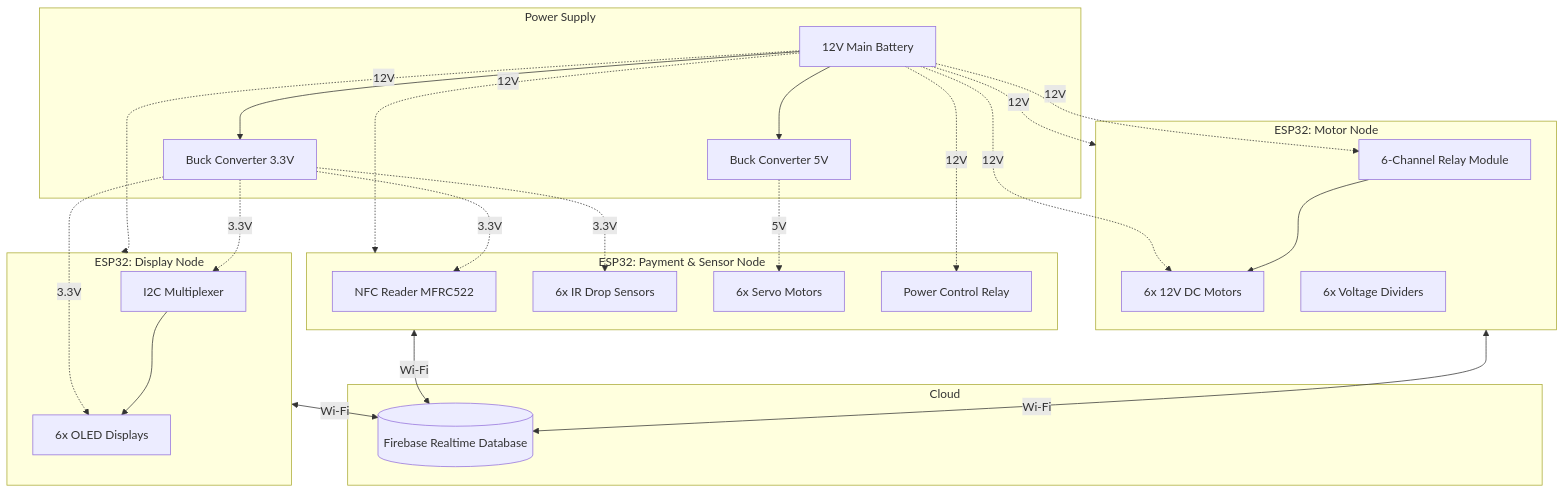
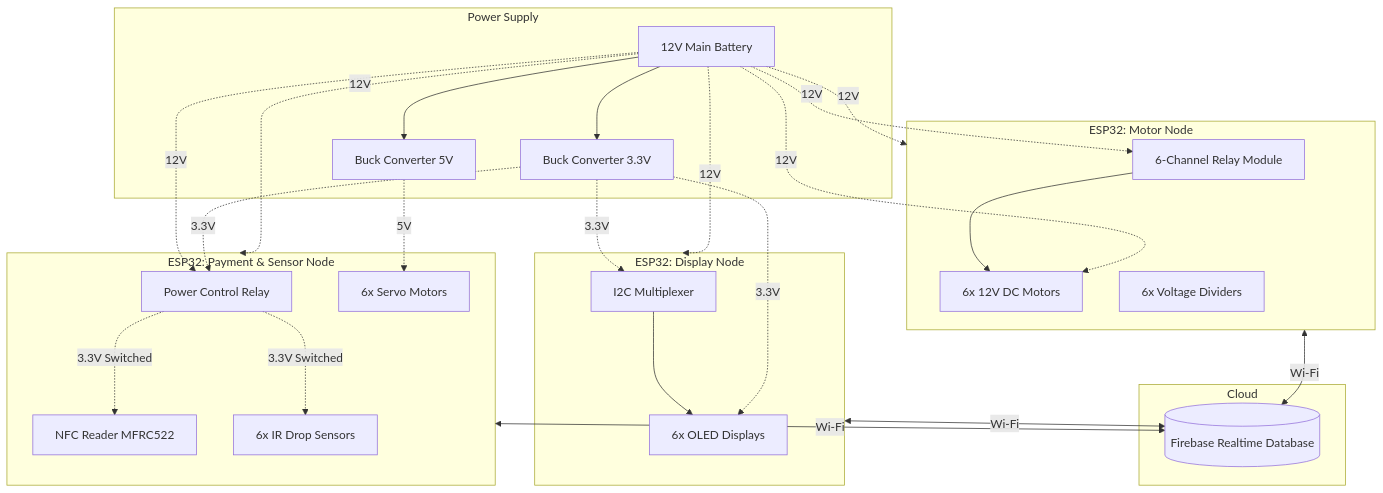
Before and after one commit to pandolfodaniel11/Intelligent-Retail-Automation-Platform: the diagram in README.md, drawn with Mermaid.

Commit message:
Revise README

````diff
--- a/README.md
+++ b/README.md
@@ -78,53 +78,56 @@
 ```mermaid
 graph TD
     subgraph Cloud
         FB[(Firebase Realtime Database)]
     end
 
     subgraph Power Supply
         BAT[12V Main Battery]
         B5[Buck Converter 5V]
         B3[Buck Converter 3.3V]
         
         BAT --> B5
         BAT --> B3
     end
 
     subgraph ESP32_1 [ESP32: Display Node]
         MUX[I2C Multiplexer] --> O1[6x OLED Displays]
     end
 
     subgraph ESP32_2 [ESP32: Motor Node]
         RLY_M[6-Channel Relay Module] --> M1[6x 12V DC Motors]
         VD[6x Voltage Dividers]
     end
 
     subgraph ESP32_3 [ESP32: Payment & Sensor Node]
+        RLY_P[Power Control Relay]
         NFC[NFC Reader MFRC522]
         IR[6x IR Drop Sensors]
         SRV[6x Servo Motors]
-        RLY_P[Power Control Relay]
     end
 
     %% Data / Logic Connections
     ESP32_1 <-->|Wi-Fi| FB
     ESP32_2 <-->|Wi-Fi| FB
     ESP32_3 <-->|Wi-Fi| FB
     
     %% 12V Direct Power Routing
     BAT -.->|12V| ESP32_1
     BAT -.->|12V| ESP32_2
     BAT -.->|12V| ESP32_3
     BAT -.->|12V| M1
     BAT -.->|12V| RLY_M
     BAT -.->|12V| RLY_P
     
     %% 5V Power Routing
     B5 -.->|5V| SRV
     
-    %% 3.3V Power Routing
+    %% 3.3V Power Routing (Always On)
     B3 -.->|3.3V| O1
     B3 -.->|3.3V| MUX
-    B3 -.->|3.3V| NFC
-    B3 -.->|3.3V| IR
+    
+    %% 3.3V Power Routing (Switched via Relay)
+    B3 -.->|3.3V| RLY_P
+    RLY_P -.->|3.3V Switched| NFC
+    RLY_P -.->|3.3V Switched| IR
 ```
````
